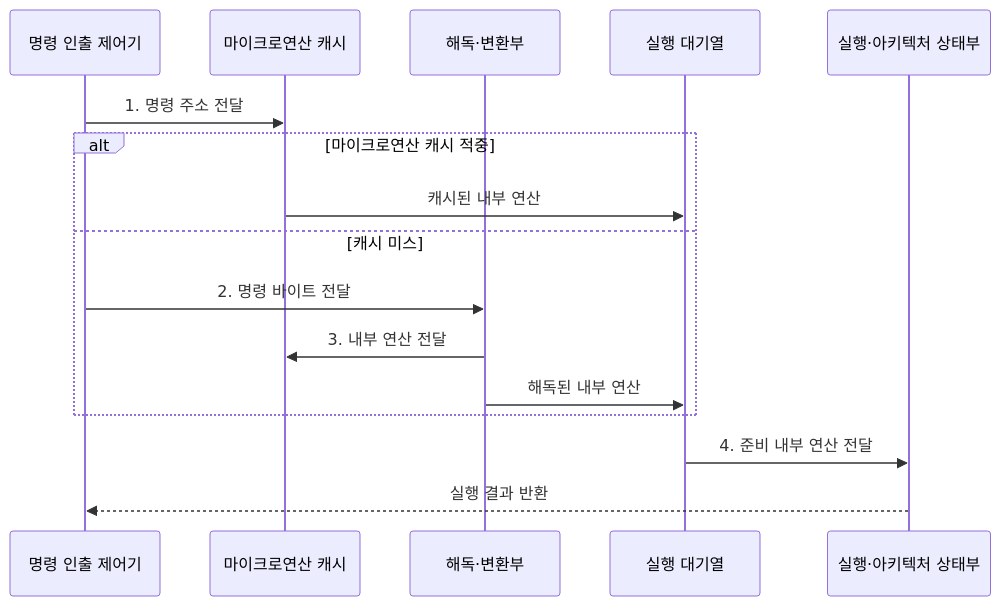
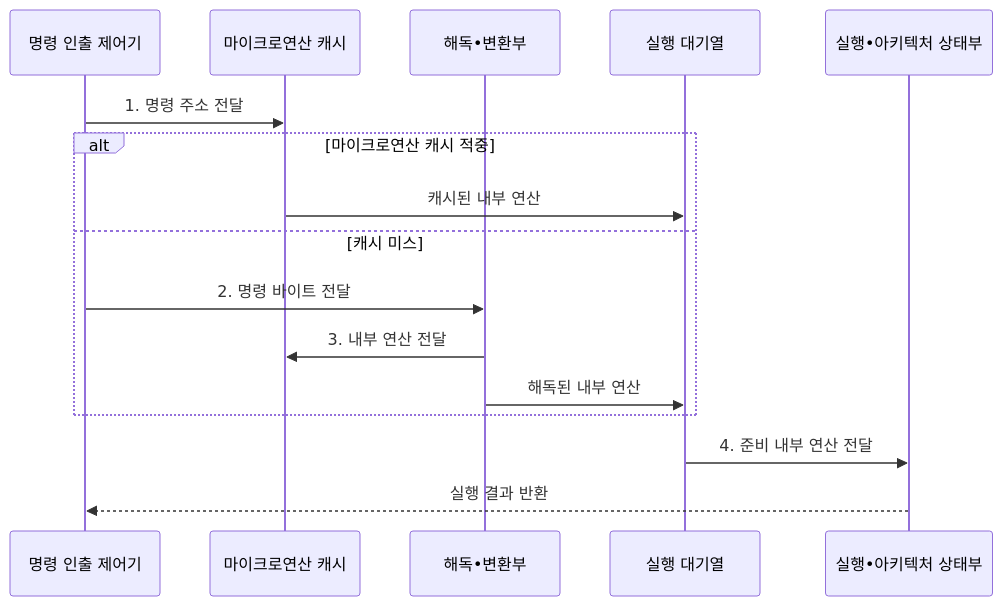
One commit to agnusdei1207/knowledge-base changed the second of 2 diagrams in src/content/docs/notes/02-hardware/003_risc_vs_cisc.md. Above: the diagram before and after it, drawn with Mermaid. The commit also changed other lines of this file and 953 other files, not shown here.

````diff
--- a/src/content/docs/notes/02-hardware/003_risc_vs_cisc.md
+++ b/src/content/docs/notes/02-hardware/003_risc_vs_cisc.md
@@ -107,18 +107,18 @@
 ```mermaid
 sequenceDiagram
     participant F as 명령 인출 제어기
     participant U as 마이크로연산 캐시
-    participant D as 해독·변환부
+    participant D as 해독•변환부
     participant Q as 실행 대기열
-    participant E as 실행·아키텍처 상태부
+    participant E as 실행•아키텍처 상태부
     F->>U: 1. 명령 주소 전달
     alt 마이크로연산 캐시 적중
         U->>Q: 캐시된 내부 연산
     else 캐시 미스
         F->>D: 2. 명령 바이트 전달
         D->>U: 3. 내부 연산 전달
         D->>Q: 해독된 내부 연산
     end
     Q->>E: 4. 준비 내부 연산 전달
     E-->>F: 실행 결과 반환
 ```
````
